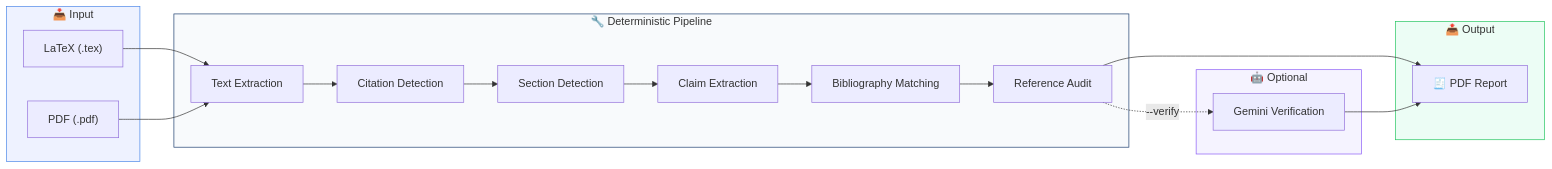
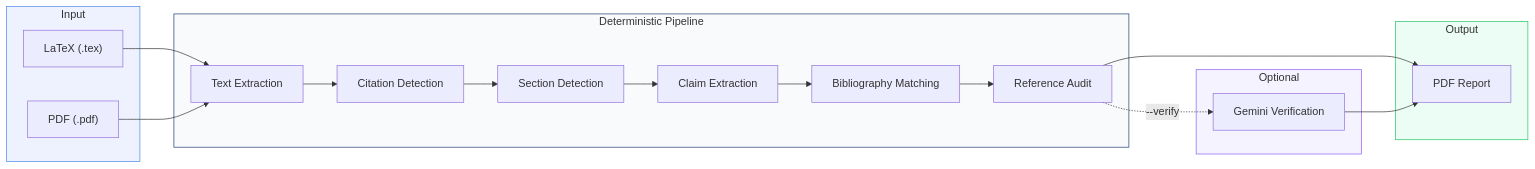
Before and after one commit to LunarLumos/ClaimRef: the first of 2 diagrams in README.md, drawn with Mermaid. The commit also changed other lines of this file, not shown here.

````diff
--- a/README.md
+++ b/README.md
@@ -353,29 +354,29 @@
 ```mermaid
 flowchart LR
-    subgraph IN["📥 Input"]
+    subgraph IN["Input"]
         P1["LaTeX (.tex)"]
         P2["PDF (.pdf)"]
     end
-    subgraph CORE["🔧 Deterministic Pipeline"]
+    subgraph CORE["Deterministic Pipeline"]
         T["Text Extraction"]
         C["Citation Detection"]
         S["Section Detection"]
         CL["Claim Extraction"]
         B["Bibliography Matching"]
         A["Reference Audit"]
     end
-    subgraph AI["🤖 Optional"]
+    subgraph AI["Optional"]
         V["Gemini Verification"]
     end
-    subgraph OUT["📤 Output"]
-        R["🧾 PDF Report"]
+    subgraph OUT["Output"]
+        R["PDF Report"]
     end
     P1 --> T
     P2 --> T
     T --> C --> S --> CL --> B --> A --> R
     A -. --verify .-> V --> R
     style IN fill:#eef2ff,stroke:#4a86e8
     style CORE fill:#f8fafc,stroke:#1a3c6e
     style AI fill:#f5f3ff,stroke:#8b5cf6
     style OUT fill:#ecfdf5,stroke:#22c55e
 ```
````
